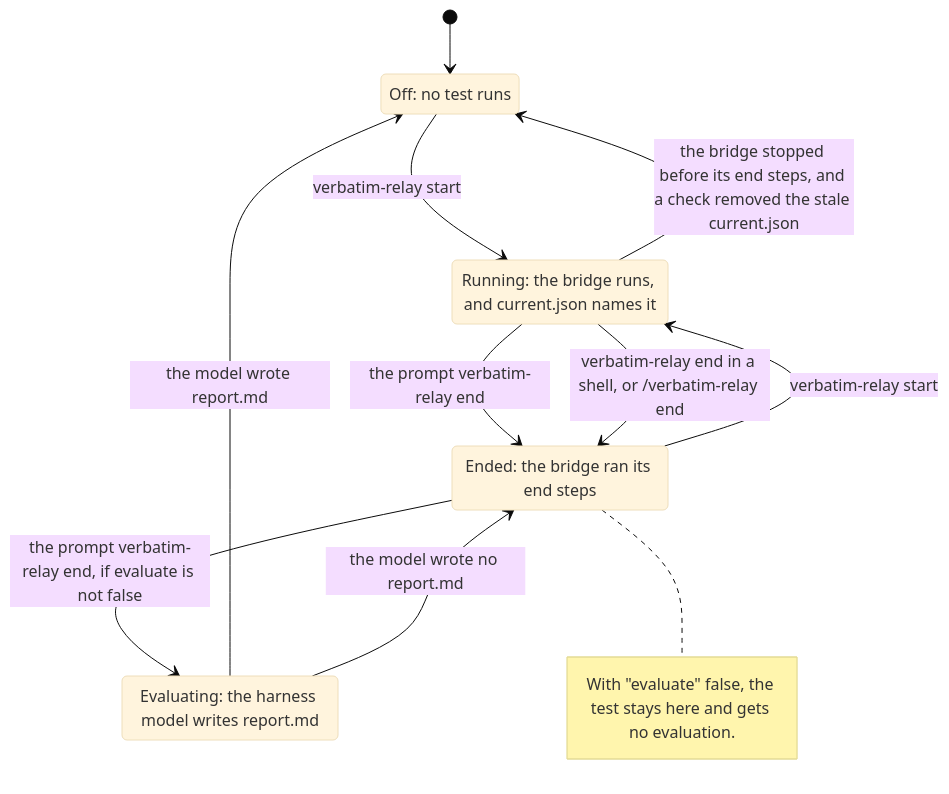
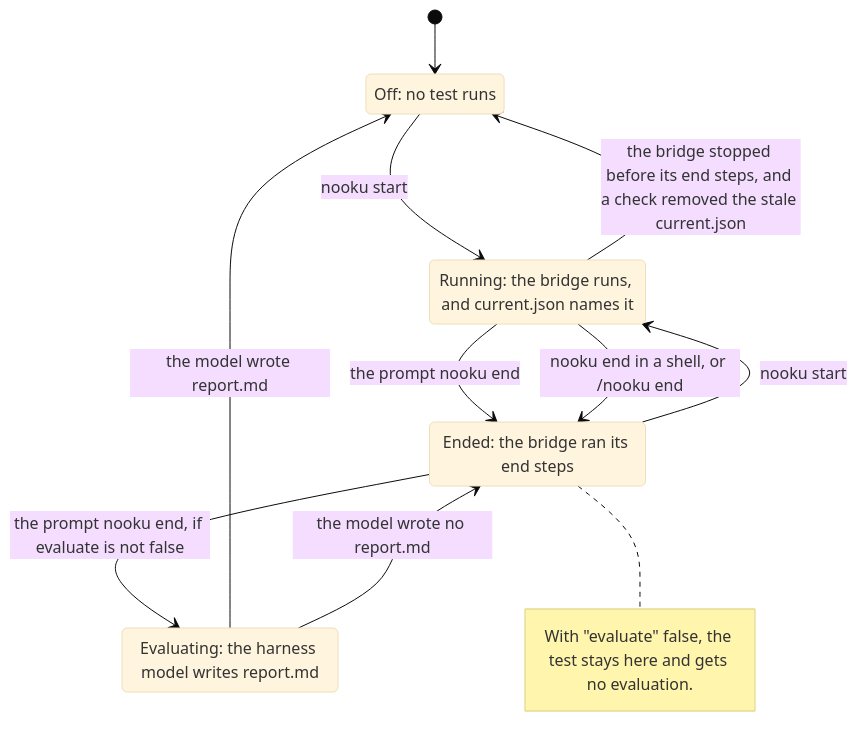
One commit to mohanraj00/nookku changed the third of 4 diagrams in docs/architecture.md. Above: the diagram before and after it, drawn with Mermaid (base theme). The commit also changed other lines of this file and 119 other files, not shown here.

First line of the commit message:
Rename verbatim-relay to Nooku (#207)

````diff
--- a/docs/architecture.md
+++ b/docs/architecture.md
@@ -153,18 +153,18 @@
 ```mermaid
 stateDiagram-v2
     state "Off: no test runs" as Off
     state "Running: the bridge runs, and current.json names it" as Running
     state "Ended: the bridge ran its end steps" as Ended
     state "Evaluating: the harness model writes report.md" as Evaluating
 
     [*] --> Off
-    Off --> Running: verbatim-relay start
-    Running --> Ended: the prompt verbatim-relay end
-    Running --> Ended: verbatim-relay end in a shell, or /verbatim-relay end
+    Off --> Running: nooku start
+    Running --> Ended: the prompt nooku end
+    Running --> Ended: nooku end in a shell, or /nooku end
     Running --> Off: the bridge stopped before its end steps, and a check removed the stale current.json
-    Ended --> Evaluating: the prompt verbatim-relay end, if evaluate is not false
-    Ended --> Running: verbatim-relay start
+    Ended --> Evaluating: the prompt nooku end, if evaluate is not false
+    Ended --> Running: nooku start
     Evaluating --> Off: the model wrote report.md
     Evaluating --> Ended: the model wrote no report.md
     note right of Ended: With "evaluate" false, the test stays here and gets no evaluation.
 ```
````
